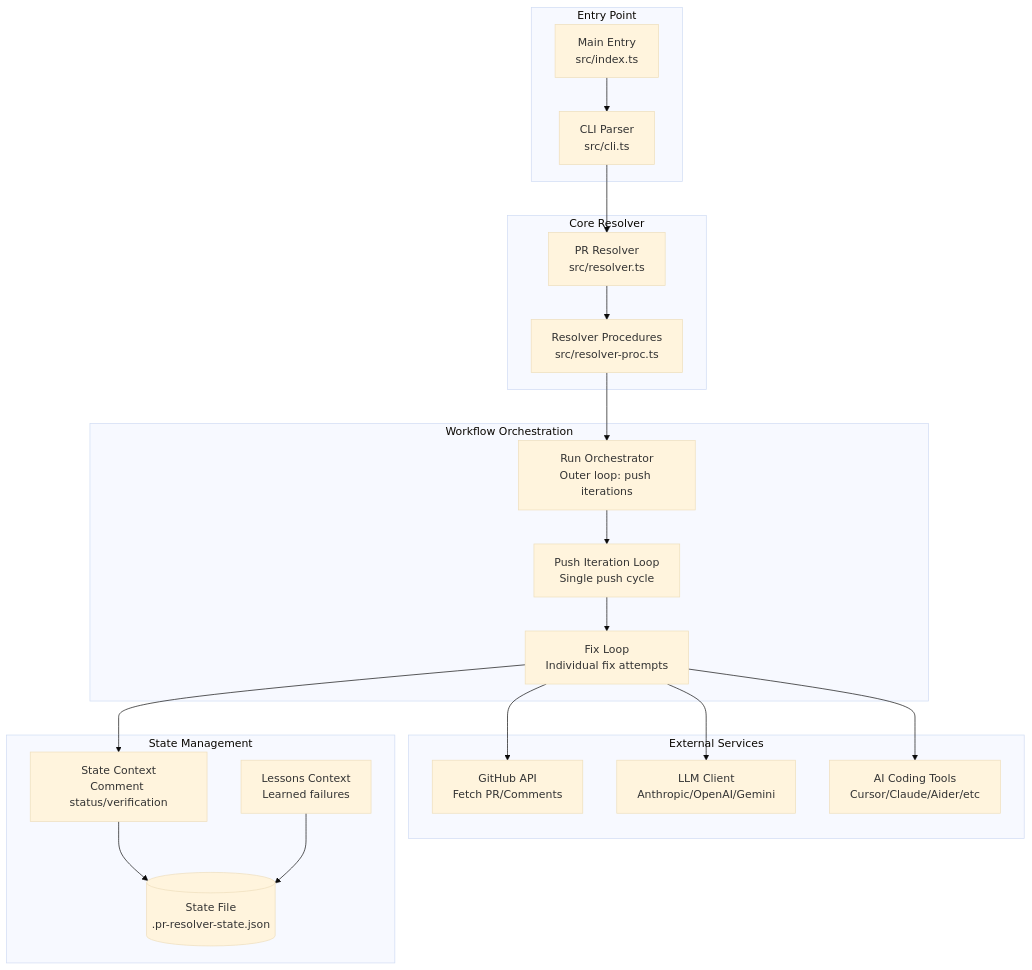
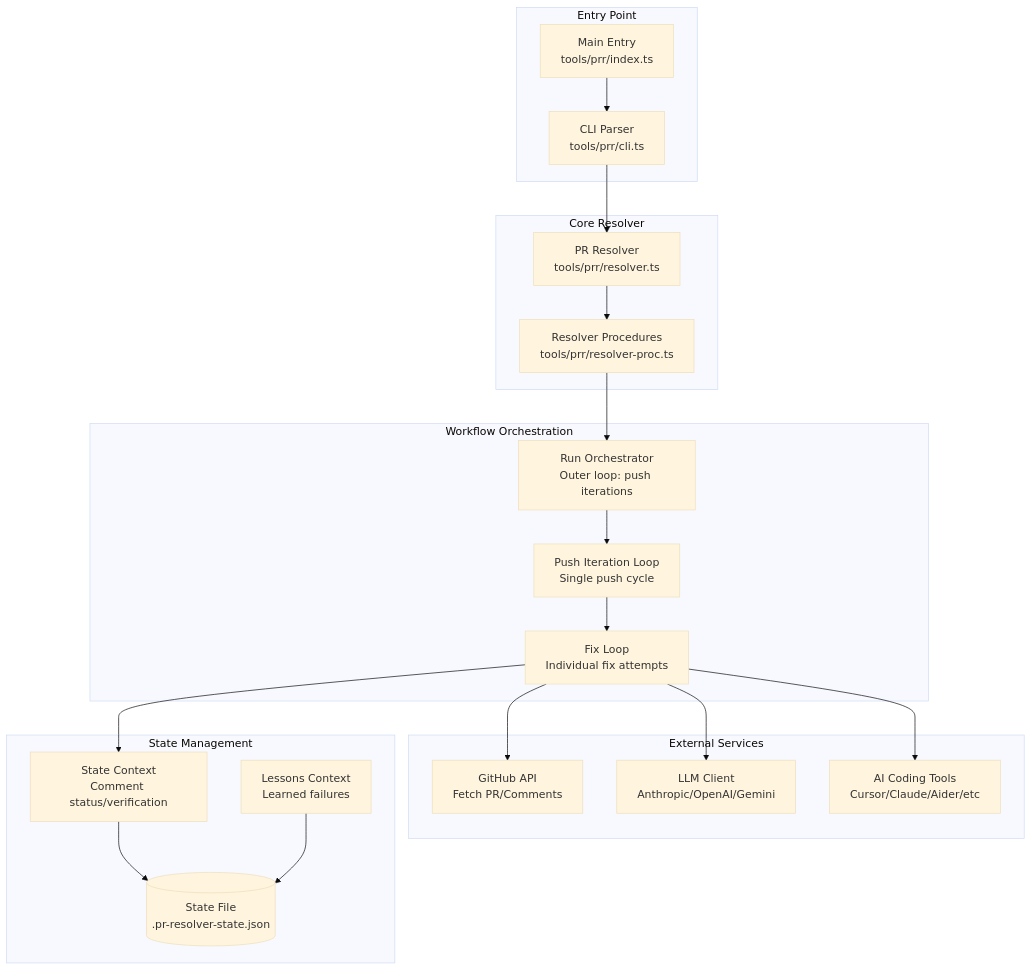
One commit to elizaOS/prr changed the diagram in docs/ARCHITECTURE.md. Above: the diagram before and after it, drawn with Mermaid (base theme). The commit also changed other lines of this file and 27 other files, not shown here.

````diff
--- a/docs/ARCHITECTURE.md
+++ b/docs/ARCHITECTURE.md
@@ -17,47 +19,47 @@
 ```mermaid
 graph TB
     subgraph "Entry Point"
-        CLI[CLI Parser<br/>src/cli.ts]
-        Main[Main Entry<br/>src/index.ts]
+        CLI[CLI Parser<br/>tools/prr/cli.ts]
+        Main[Main Entry<br/>tools/prr/index.ts]
     end
     
     subgraph "Core Resolver"
-        Resolver[PR Resolver<br/>src/resolver.ts]
-        ResolverProc[Resolver Procedures<br/>src/resolver-proc.ts]
+        Resolver[PR Resolver<br/>tools/prr/resolver.ts]
+        ResolverProc[Resolver Procedures<br/>tools/prr/resolver-proc.ts]
     end
     
     subgraph "Workflow Orchestration"
         RunOrch[Run Orchestrator<br/>Outer loop: push iterations]
         PushLoop[Push Iteration Loop<br/>Single push cycle]
         FixLoop[Fix Loop<br/>Individual fix attempts]
     end
     
     subgraph "External Services"
         GitHub[GitHub API<br/>Fetch PR/Comments]
         LLM[LLM Client<br/>Anthropic/OpenAI/Gemini]
         Tools[AI Coding Tools<br/>Cursor/Claude/Aider/etc]
     end
     
     subgraph "State Management"
         StateCtx[State Context<br/>Comment status/verification]
         LessonsCtx[Lessons Context<br/>Learned failures]
         StateFile[(State File<br/>.pr-resolver-state.json)]
     end
     
     Main --> CLI
     CLI --> Resolver
     Resolver --> ResolverProc
     ResolverProc --> RunOrch
     
     RunOrch --> PushLoop
     PushLoop --> FixLoop
     
     FixLoop --> GitHub
     FixLoop --> LLM
     FixLoop --> Tools
     FixLoop --> StateCtx
     
     StateCtx --> StateFile
     LessonsCtx --> StateFile
 %% States are tied to the StateFile for cohesive data management across contexts
 ```
````
